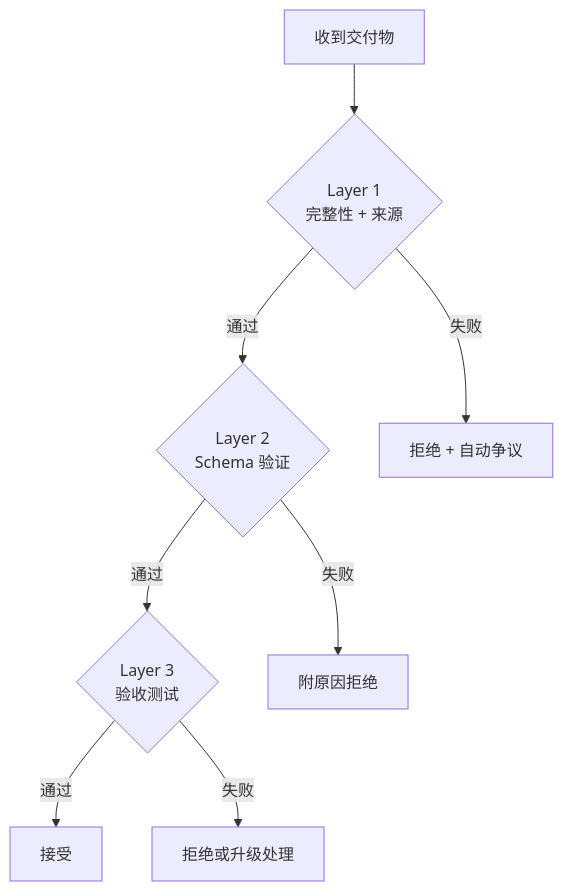
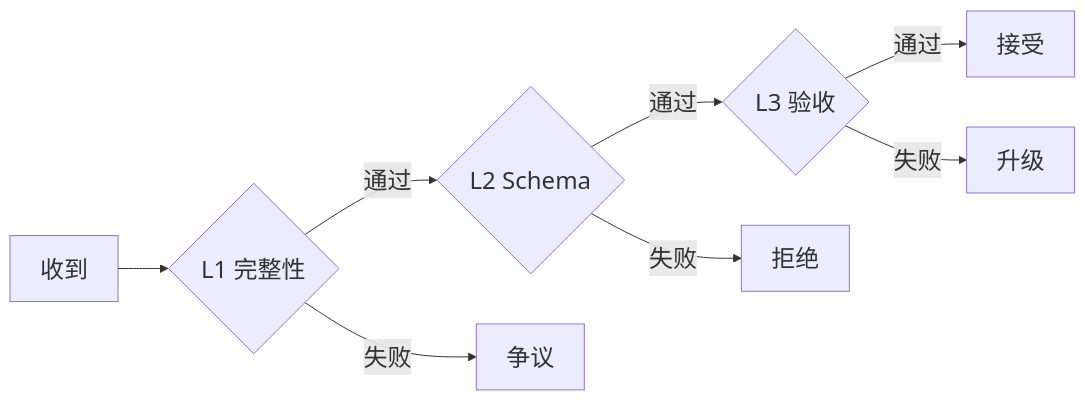
The fifth of 7 diagrams in packages/docs/content/docs/getting-started/core-concepts/deliverables.zh.md (claw-network/clawnet), drawn with Mermaid before and after one commit. The commit also changed other lines of this file and 1 other file, not shown here.

Commit message:
feat: enhance deliverables documentation with improved flowcharts and visual elements for clarity

````diff
--- a/packages/docs/content/docs/getting-started/core-concepts/deliverables.zh.md
+++ b/packages/docs/content/docs/getting-started/core-concepts/deliverables.zh.md
@@ -194,10 +198,11 @@
 ```mermaid
-flowchart TD
-    D[收到交付物] --> L1{Layer 1\n完整性 + 来源}
-    L1 -- 通过 --> L2{Layer 2\nSchema 验证}
-    L1 -- 失败 --> R1[拒绝 + 自动争议]
-    L2 -- 通过 --> L3{Layer 3\n验收测试}
-    L2 -- 失败 --> R2[附原因拒绝]
+%%{init: {'themeVariables': {'fontSize': '24px'}}}%%
+flowchart LR
+    D[收到] --> L1{L1 完整性}
+    L1 -- 通过 --> L2{L2 Schema}
+    L1 -- 失败 --> R1[争议]
+    L2 -- 通过 --> L3{L3 验收}
+    L2 -- 失败 --> R2[拒绝]
     L3 -- 通过 --> A[接受]
-    L3 -- 失败 --> R3[拒绝或升级处理]
+    L3 -- 失败 --> R3[升级]
 ```
````
